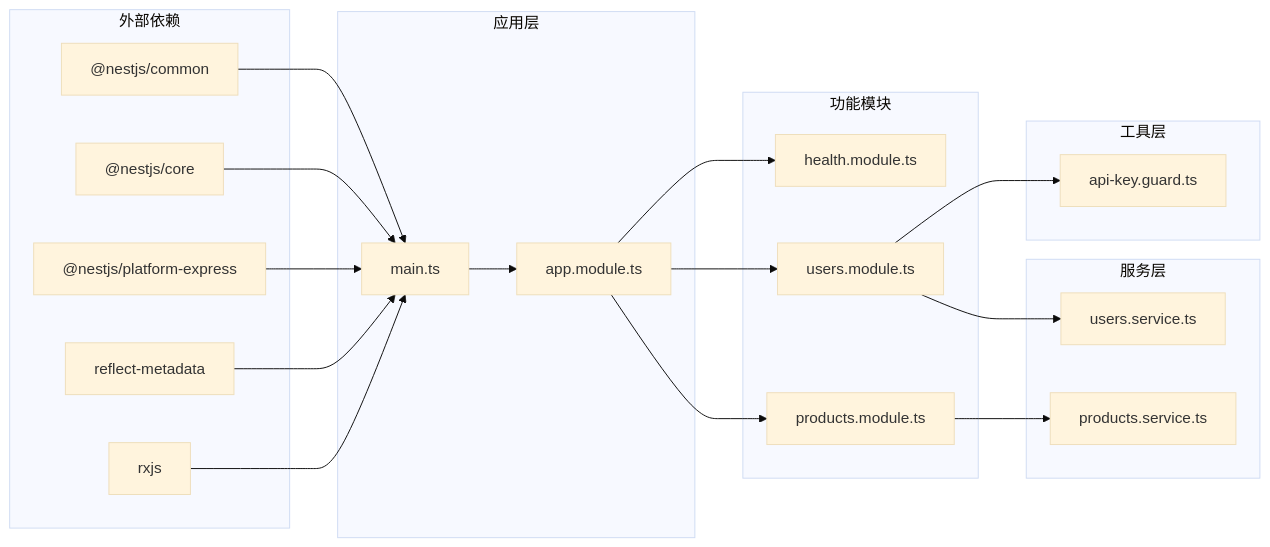
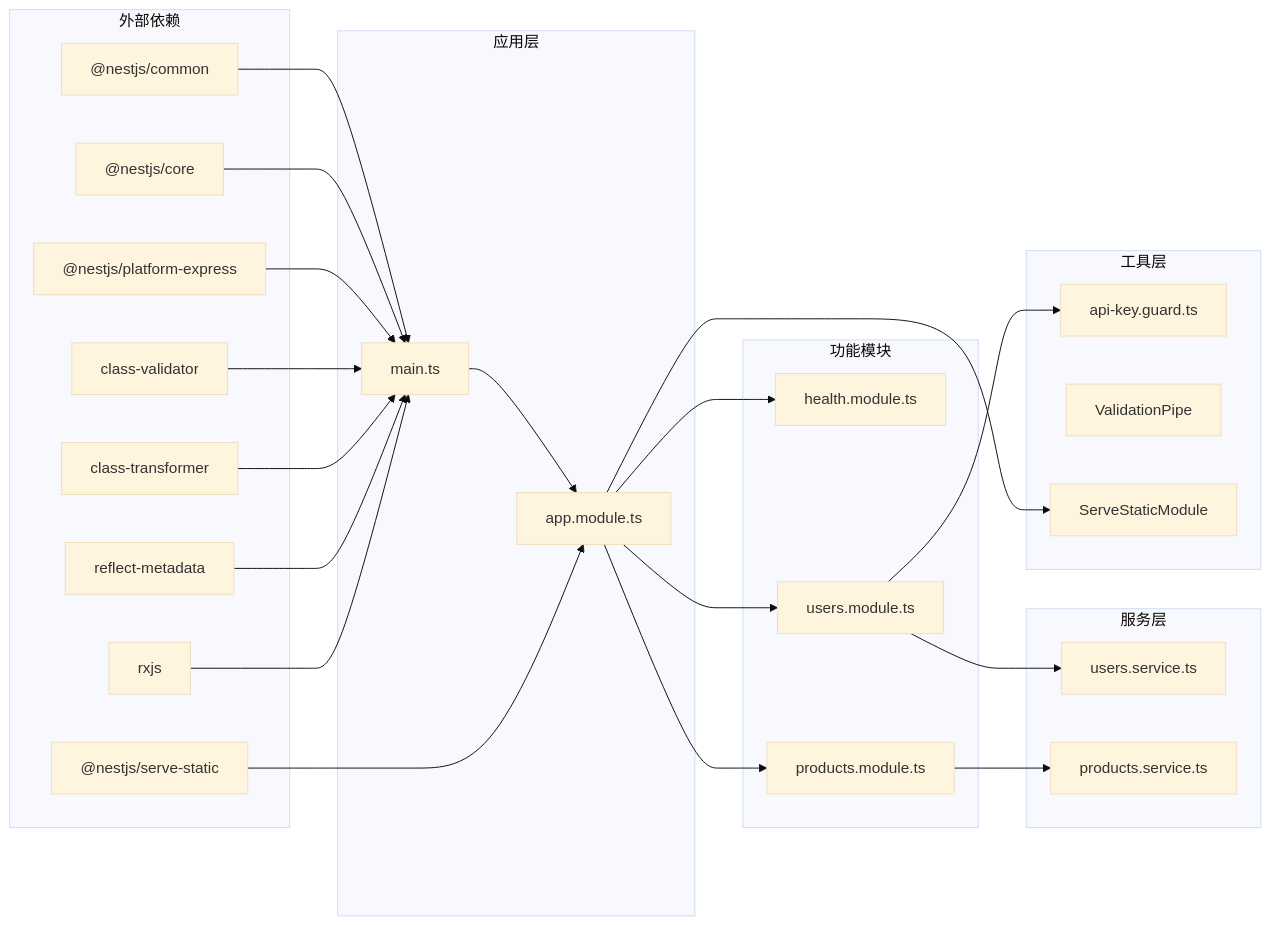
The seventh of 7 diagrams in .qoder/repowiki/zh/content/NestJS多模块架构测试.md (esa-sp/test-for-aone-ci), drawn with Mermaid (base theme) before and after one commit. The commit also changed other lines of this file and 58 other files, not shown here.

````diff
--- a/.qoder/repowiki/zh/content/NestJS多模块架构测试.md
+++ b/.qoder/repowiki/zh/content/NestJS多模块架构测试.md
@@ -286,38 +315,47 @@
 ```mermaid
 graph LR
 subgraph "外部依赖"
 NestCommon["@nestjs/common"]
 NestCore["@nestjs/core"]
-ExpressPlatform["@nestjs/platform-express"]
+NestExpress["@nestjs/platform-express"]
+NestServeStatic["@nestjs/serve-static"]
+ClassValidator["class-validator"]
+ClassTransformer["class-transformer"]
 ReflectMetadata["reflect-metadata"]
 RxJS["rxjs"]
 end
 subgraph "应用层"
 MainTS[main.ts]
 AppModuleTS[app.module.ts]
 end
 subgraph "功能模块"
 HealthModuleTS[health.module.ts]
 UsersModuleTS[users.module.ts]
 ProductsModuleTS[products.module.ts]
 end
 subgraph "服务层"
 UsersServiceTS[users.service.ts]
 ProductsServiceTS[products.service.ts]
 end
 subgraph "工具层"
 ApiKeyGuardTS[api-key.guard.ts]
+ValidationPipeTS[ValidationPipe]
+ServeStaticModuleTS[ServeStaticModule]
 end
 MainTS --> AppModuleTS
 AppModuleTS --> HealthModuleTS
 AppModuleTS --> UsersModuleTS
 AppModuleTS --> ProductsModuleTS
 UsersModuleTS --> UsersServiceTS
 ProductsModuleTS --> ProductsServiceTS
 UsersModuleTS --> ApiKeyGuardTS
+AppModuleTS --> ServeStaticModuleTS
 NestCommon --> MainTS
 NestCore --> MainTS
-ExpressPlatform --> MainTS
+NestExpress --> MainTS
+NestServeStatic --> AppModuleTS
+ClassValidator --> MainTS
+ClassTransformer --> MainTS
 ReflectMetadata --> MainTS
 RxJS --> MainTS
 ```
````
